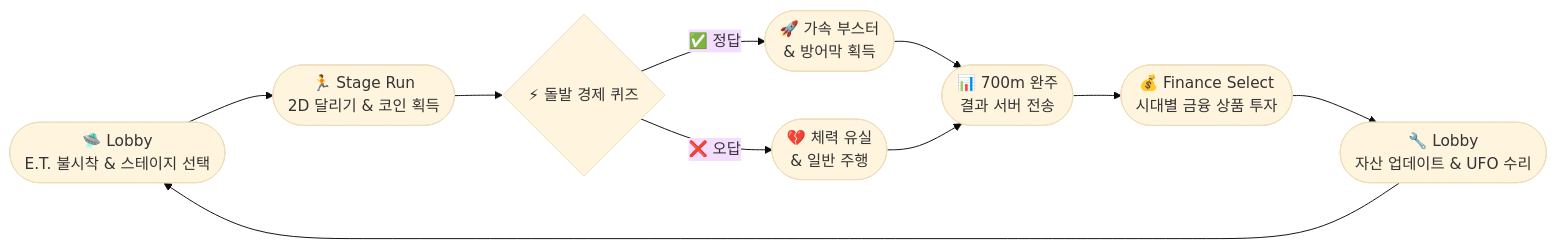
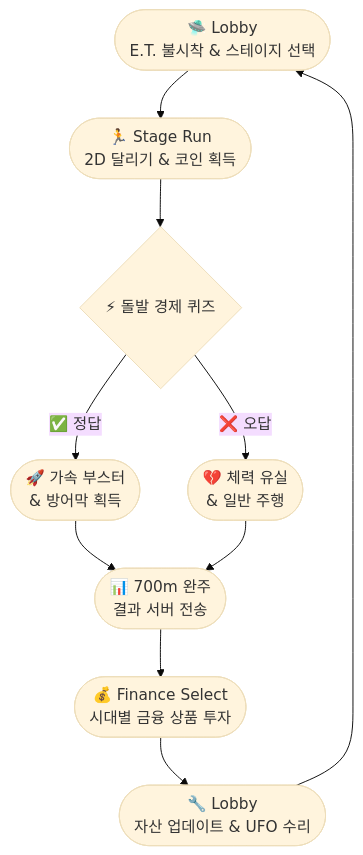
The diagram in README.md (kkaemong/zabonzooET), drawn with Mermaid (base theme) before and after one commit.

Commit message:
style: 핵심 플레이 루프 다이어그램 방향 변경 (가로 -> 세로)

````diff
--- a/README.md
+++ b/README.md
@@ -35,12 +35,12 @@
 ```mermaid
-graph LR
+graph TD
     A(["🛸 Lobby<br/>E.T. 불시착 & 스테이지 선택"]) --> B(["🏃 Stage Run<br/>2D 달리기 & 코인 획득"])
     B --> C{"⚡ 돌발 경제 퀴즈"}
     C -->|"✅ 정답"| D(["🚀 가속 부스터<br/>& 방어막 획득"])
     C -->|"❌ 오답"| E(["💔 체력 유실<br/>& 일반 주행"])
     D --> F(["📊 700m 완주<br/>결과 서버 전송"])
     E --> F
     F --> G(["💰 Finance Select<br/>시대별 금융 상품 투자"])
     G --> H(["🔧 Lobby<br/>자산 업데이트 & UFO 수리"])
     H --> A
 ```
````
